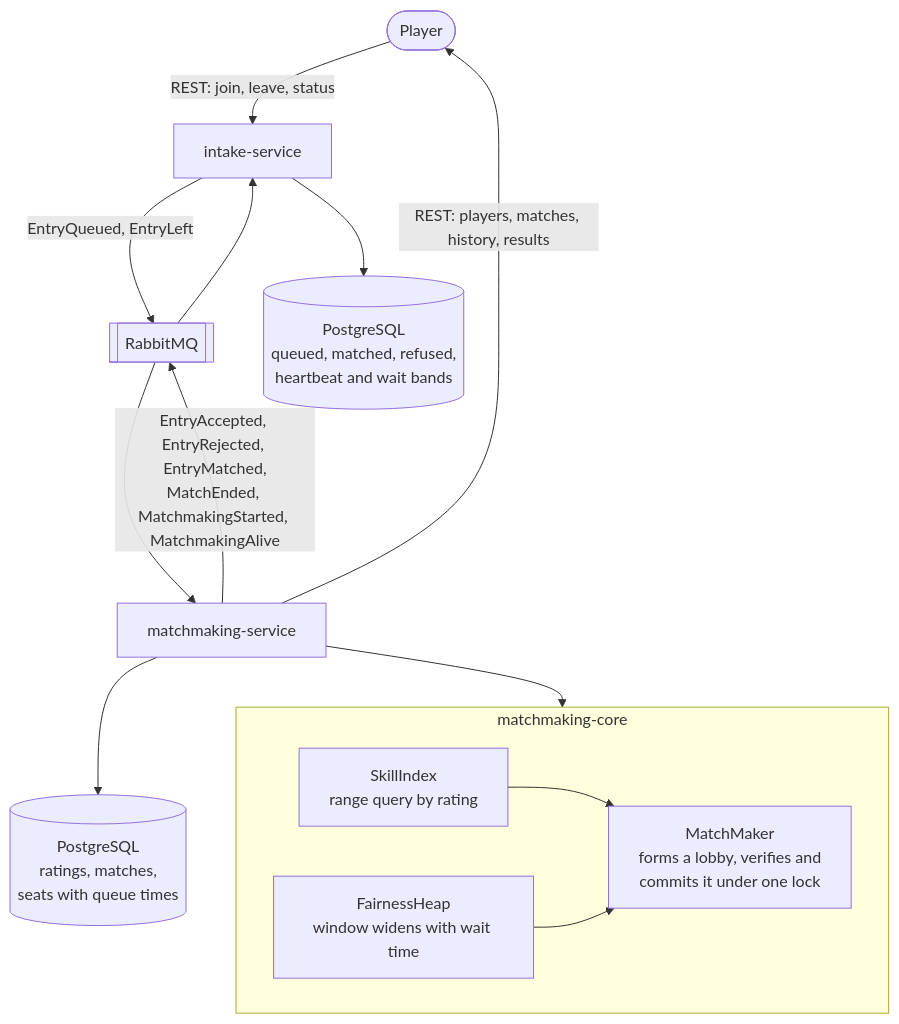
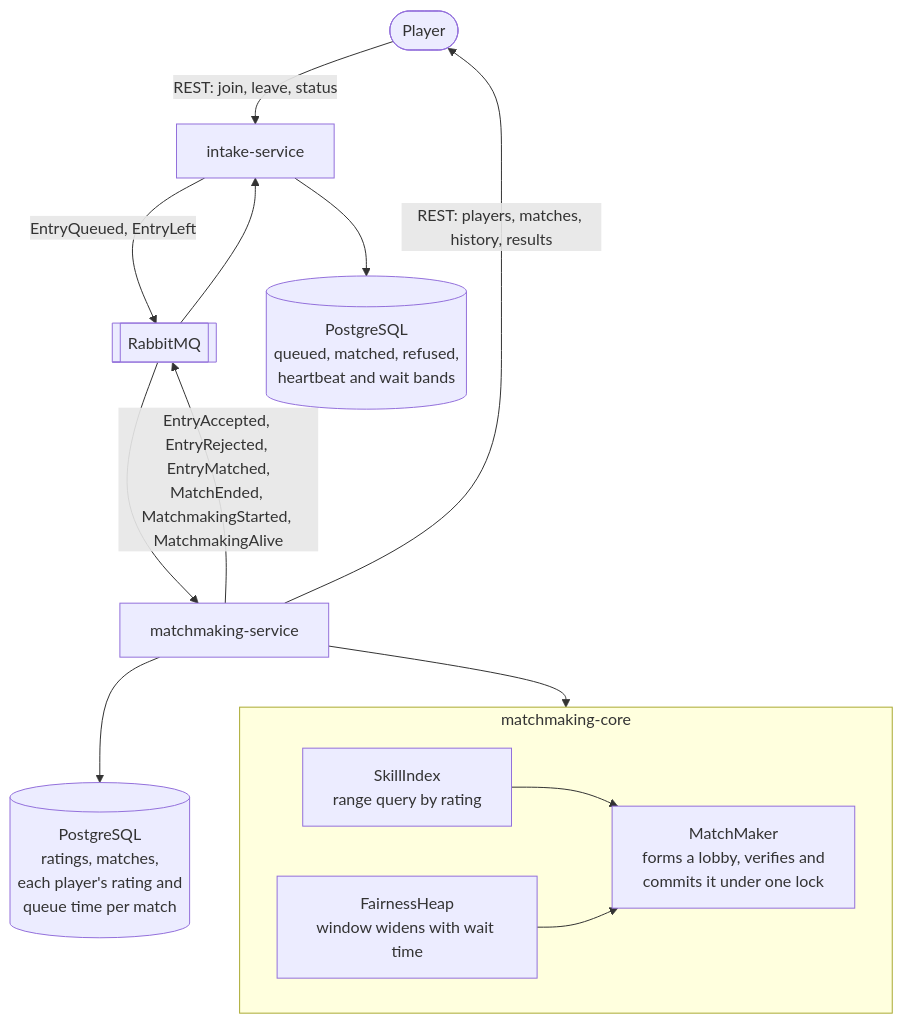
Before and after one commit to Amrovv/match3d: the diagram in README.md, drawn with Mermaid. The commit also changed other lines of this file and 14 other files, not shown here.

Commit message:
refactor: call match rows player rows, not seats

````diff
--- a/README.md
+++ b/README.md
@@ -88,24 +88,24 @@
 ```mermaid
 flowchart TD
     player(["Player"])
 
     player -->|"REST: join, leave, status"| intake["intake-service"]
     intake -->|"EntryQueued, EntryLeft"| queue[["RabbitMQ"]]
     queue --> service["matchmaking-service"]
     service -->|"EntryAccepted, EntryRejected, EntryMatched,<br/>MatchEnded, MatchmakingStarted, MatchmakingAlive"| queue
     queue --> intake
     intake --> intakedb[("PostgreSQL<br/>queued, matched, refused,<br/>heartbeat and wait bands")]
 
     subgraph core["matchmaking-core"]
         direction LR
         index["SkillIndex<br/>range query by rating"]
         heap["FairnessHeap<br/>window widens with wait time"]
         matcher["MatchMaker<br/>forms a lobby, verifies and<br/>commits it under one lock"]
         index --> matcher
         heap --> matcher
     end
 
     service --> core
-    service --> db[("PostgreSQL<br/>ratings, matches,<br/>seats with queue times")]
+    service --> db[("PostgreSQL<br/>ratings, matches,<br/>each player's rating and<br/>queue time per match")]
     service -->|"REST: players, matches, history, results"| player
 ```
````
